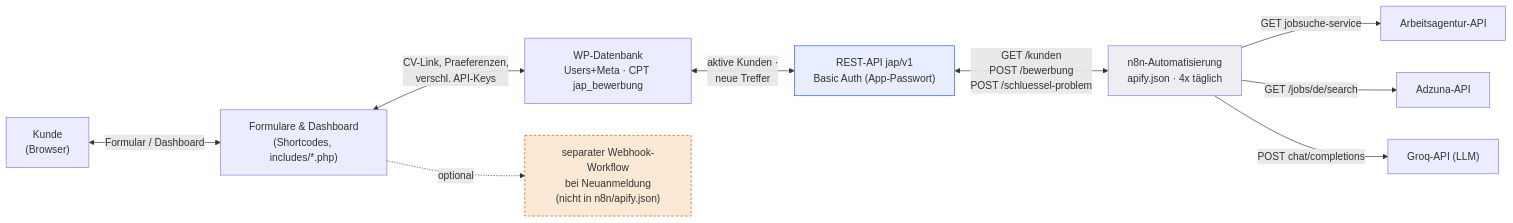
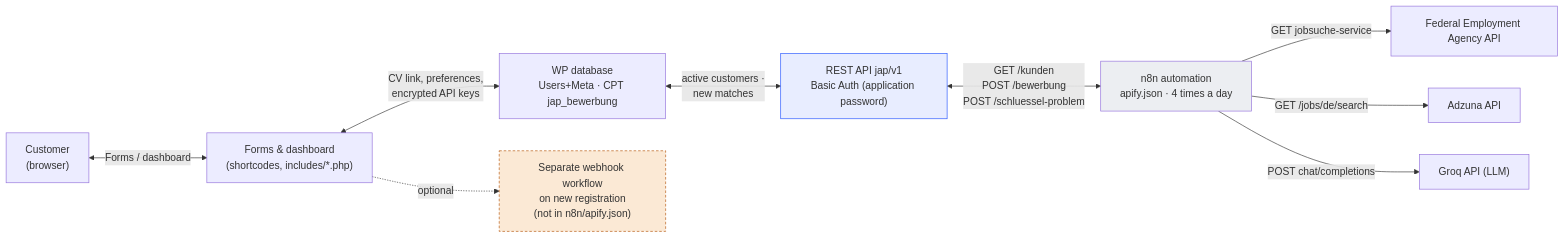
One commit to 3mothman/auto-job-search changed the first of 2 diagrams in ARCHITECTURE.md. Above: the diagram before and after it, drawn with Mermaid. The commit also changed other lines of this file, not shown here.

Commit message:
Translate architecture guide into English

````diff
--- a/ARCHITECTURE.md
+++ b/ARCHITECTURE.md
@@ -16,25 +16,25 @@
 ```mermaid
 flowchart LR
-    Kunde["Kunde<br/>(Browser)"]
-    Formulare["Formulare & Dashboard<br/>(Shortcodes, includes/*.php)"]
-    DB["WP-Datenbank<br/>Users+Meta · CPT jap_bewerbung"]
-    REST["REST-API jap/v1<br/>Basic Auth (App-Passwort)"]
-    N8N["n8n-Automatisierung<br/>apify.json · 4x täglich"]
-    BA["Arbeitsagentur-API"]
-    ADZ["Adzuna-API"]
-    GROQ["Groq-API (LLM)"]
-    Webhook["separater Webhook-Workflow<br/>bei Neuanmeldung<br/>(nicht in n8n/apify.json)"]
+    Customer["Customer<br/>(browser)"]
+    Forms["Forms & dashboard<br/>(shortcodes, includes/*.php)"]
+    DB["WP database<br/>Users+Meta · CPT jap_bewerbung"]
+    REST["REST API jap/v1<br/>Basic Auth (application password)"]
+    N8N["n8n automation<br/>apify.json · 4 times a day"]
+    BA["Federal Employment Agency API"]
+    ADZ["Adzuna API"]
+    GROQ["Groq API (LLM)"]
+    Webhook["Separate webhook workflow<br/>on new registration<br/>(not in n8n/apify.json)"]
 
-    Kunde <--> |"Formular / Dashboard"| Formulare
-    Formulare <--> |"CV-Link, Praeferenzen,<br/>verschl. API-Keys"| DB
-    DB <--> |"aktive Kunden ·<br/>neue Treffer"| REST
+    Customer <--> |"Forms / dashboard"| Forms
+    Forms <--> |"CV link, preferences,<br/>encrypted API keys"| DB
+    DB <--> |"active customers ·<br/>new matches"| REST
     REST <--> |"GET /kunden<br/>POST /bewerbung<br/>POST /schluessel-problem"| N8N
     N8N --> |"GET jobsuche-service"| BA
     N8N --> |"GET /jobs/de/search"| ADZ
     N8N --> |"POST chat/completions"| GROQ
-    Formulare -.-> |optional| Webhook
+    Forms -.-> |optional| Webhook
 
     style REST fill:#e8edff,stroke:#2454ff
     style N8N fill:#eceef2
     style Webhook fill:#fbe9d5,stroke:#b45309,stroke-dasharray: 4 3
 ```
````
